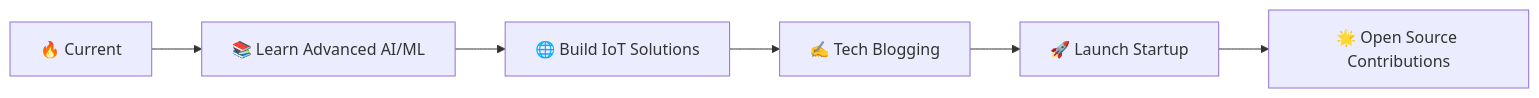
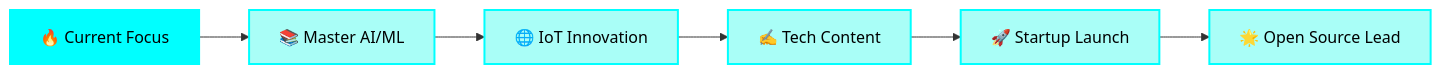
The diagram in README.md (abhishek-7-singh/abhishek-7-singh), drawn with Mermaid before and after one commit. The commit also changed other lines of this file, not shown here.

````diff
--- a/README.md
+++ b/README.md
@@ -192,8 +343,15 @@
 ```mermaid
 graph LR
-    A[🔥 Current] --> B[📚 Learn Advanced AI/ML]
-    B --> C[🌐 Build IoT Solutions]
-    C --> D[✍️ Tech Blogging]
-    D --> E[🚀 Launch Startup]
-    E --> F[🌟 Open Source Contributions]
+    A[🔥 Current Focus] --> B[📚 Master AI/ML]
+    B --> C[🌐 IoT Innovation]
+    C --> D[✍️ Tech Content]
+    D --> E[🚀 Startup Launch]
+    E --> F[🌟 Open Source Lead]
+    
+    style A fill:#00FFFF,stroke:#00FFFF,stroke-width:2px,color:#000
+    style B fill:#A9FEF7,stroke:#00FFFF,stroke-width:2px,color:#000
+    style C fill:#A9FEF7,stroke:#00FFFF,stroke-width:2px,color:#000
+    style D fill:#A9FEF7,stroke:#00FFFF,stroke-width:2px,color:#000
+    style E fill:#A9FEF7,stroke:#00FFFF,stroke-width:2px,color:#000
+    style F fill:#A9FEF7,stroke:#00FFFF,stroke-width:2px,color:#000
 ```
````
